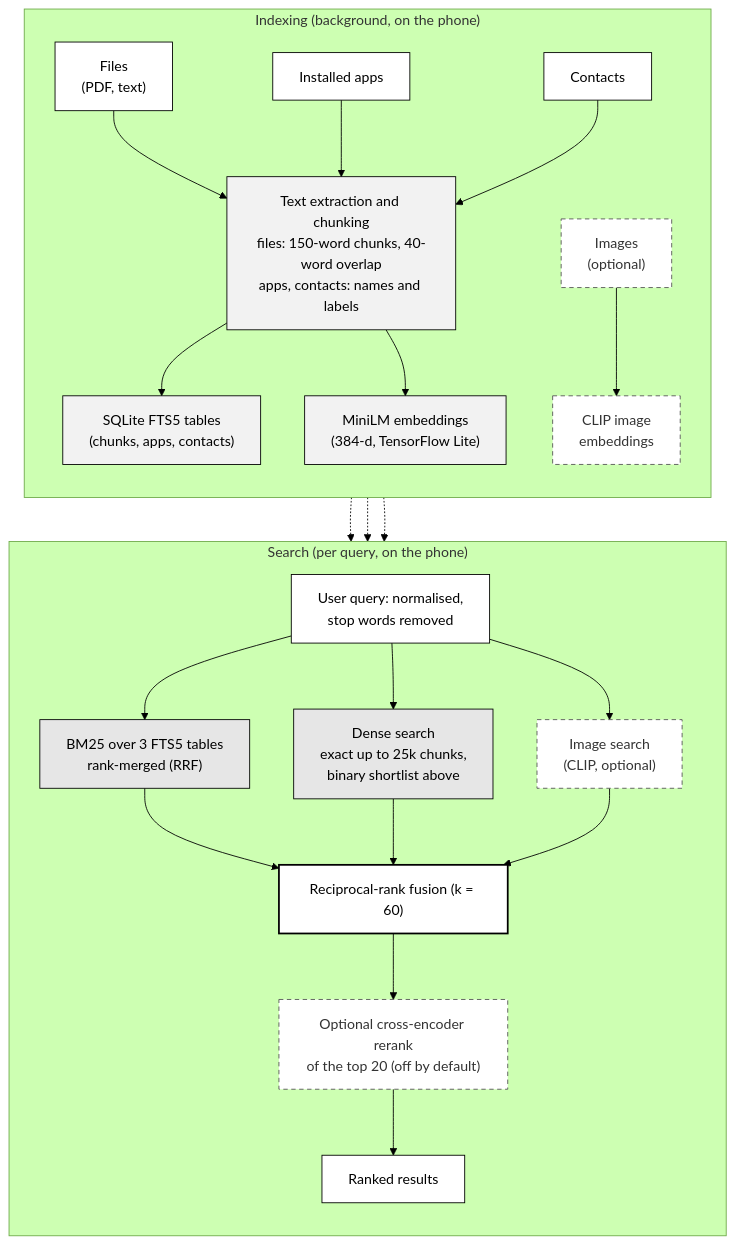
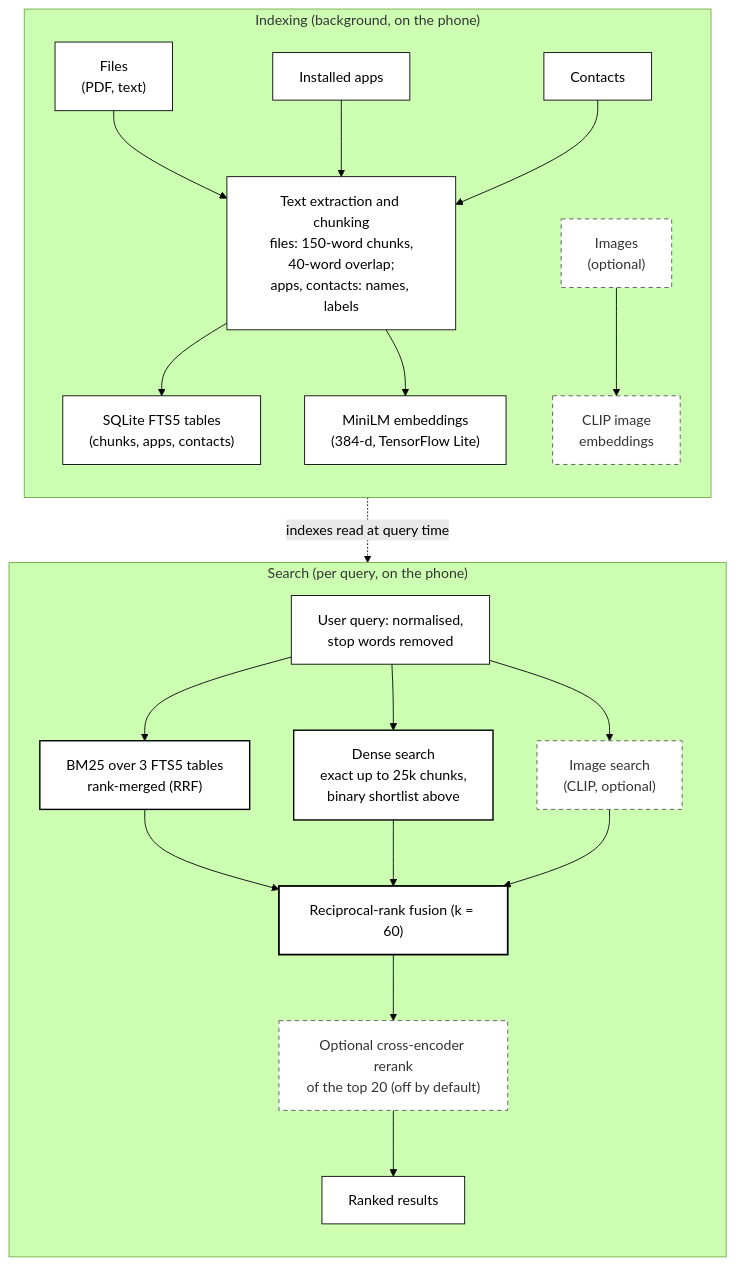
Before and after one commit to greenaltambe/LocalSeek: the diagram in docs/paper/springer/diagrams/arch.mmd, drawn with Mermaid (forest theme). The commit also changed 45 other files, not shown here.

```diff
--- a/docs/paper/springer/diagrams/arch.mmd
+++ b/docs/paper/springer/diagrams/arch.mmd
@@ -1,52 +1,50 @@
 flowchart TB
     subgraph IDX["Indexing (background, on the phone)"]
         direction TB
         files["Files<br/>(PDF, text)"]
         apps["Installed apps"]
         contacts["Contacts"]
         images["Images<br/>(optional)"]
-        prep["Text extraction and chunking<br/>files: 150-word chunks, 40-word overlap<br/>apps, contacts: names and labels"]
+        prep["Text extraction and chunking<br/>files: 150-word chunks,<br/>40-word overlap;<br/>apps, contacts: names, labels"]
         fts["SQLite FTS5 tables<br/>(chunks, apps, contacts)"]
         emb["MiniLM embeddings<br/>(384-d, TensorFlow Lite)"]
         clip["CLIP image<br/>embeddings"]
         files --> prep
         apps --> prep
         contacts --> prep
         prep --> fts
         prep --> emb
         images --> clip
     end
     subgraph SRCH["Search (per query, on the phone)"]
         direction TB
         qp["User query: normalised,<br/>stop words removed"]
         bm25["BM25 over 3 FTS5 tables<br/>rank-merged (RRF)"]
         dense["Dense search<br/>exact up to 25k chunks,<br/>binary shortlist above"]
         img["Image search<br/>(CLIP, optional)"]
         rrf["Reciprocal-rank fusion (k = 60)"]
         rerank["Optional cross-encoder rerank<br/>of the top 20 (off by default)"]
         res["Ranked results"]
         qp --> bm25
         qp --> dense
         qp --> img
         bm25 --> rrf
         dense --> rrf
         img --> rrf
         rrf --> rerank
         rerank --> res
     end
-    fts -.-> bm25
-    emb -.-> dense
-    clip -.-> img
+    IDX -. "indexes read at query time" .-> SRCH
     class files,apps,contacts,res input
     class prep,fts,emb data
     class qp plain
     class bm25,dense core
     class rrf result
     class images,clip,img,rerank opt
     classDef input fill:#FFFFFF,stroke:#000000,stroke-width:1px,color:#000
-    classDef core fill:#E6E6E6,stroke:#000000,stroke-width:1px,color:#000
+    classDef core fill:#FFFFFF,stroke:#000000,stroke-width:1.6px,color:#000
     classDef result fill:#FFFFFF,stroke:#000000,stroke-width:2px,color:#000
-    classDef data fill:#F2F2F2,stroke:#000000,stroke-width:1px,color:#000
+    classDef data fill:#FFFFFF,stroke:#000000,stroke-width:1px,color:#000
     classDef plan fill:#FFFFFF,stroke:#000000,stroke-width:1px,color:#000
     classDef plain fill:#FFFFFF,stroke:#000000,stroke-width:1px,color:#000
     classDef opt fill:#FFFFFF,stroke:#555555,stroke-width:1px,stroke-dasharray:5 4,color:#333
```
